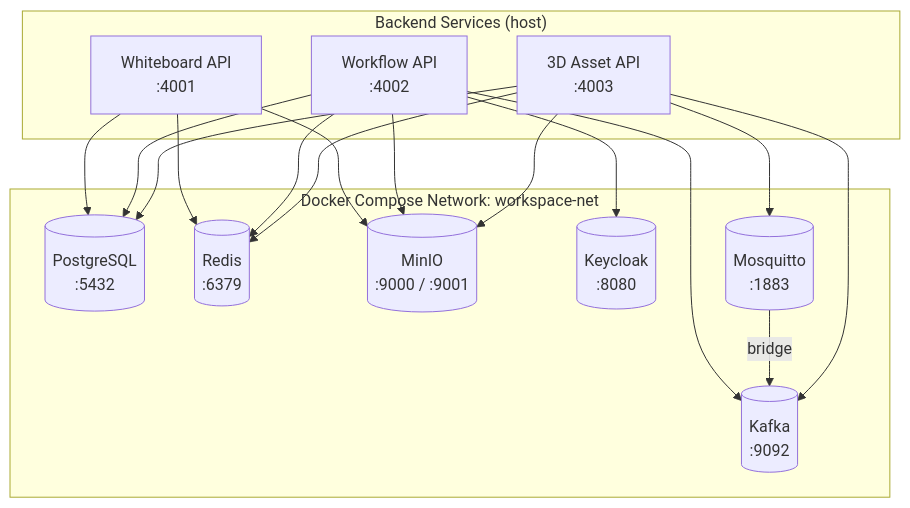
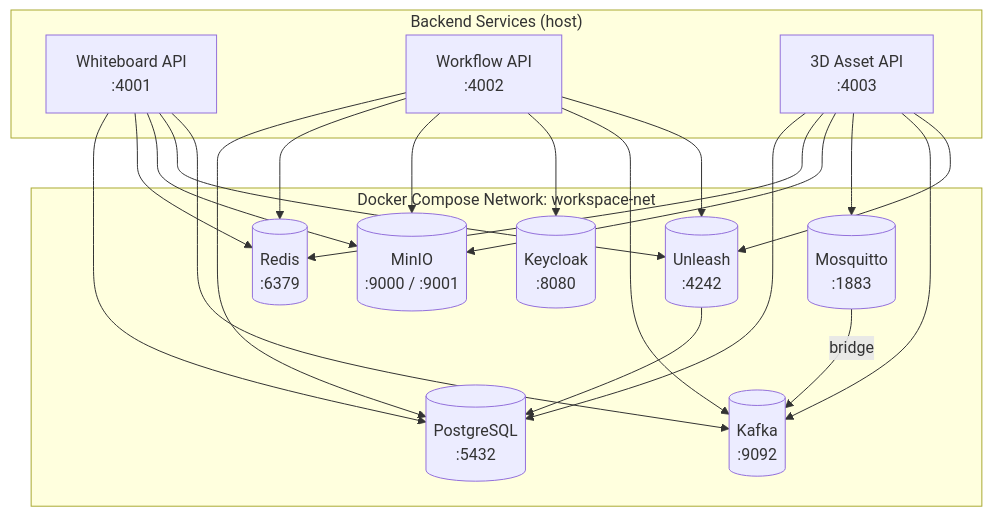
Before and after one commit to Eyolf6Coyote7/Eyolf6Coyote7: the diagram in docs/global_infra.md, drawn with Mermaid. The commit also changed other lines of this file and 1 other file, not shown here.

````diff
--- a/docs/global_infra.md
+++ b/docs/global_infra.md
@@ -9,32 +9,38 @@
 ```mermaid
 graph TD
   subgraph "Docker Compose Network: workspace-net"
     PG[(PostgreSQL<br/>:5432)]
     RD[(Redis<br/>:6379)]
     MIO[(MinIO<br/>:9000 / :9001)]
     KC[(Keycloak<br/>:8080)]
     MQ[(Mosquitto<br/>:1883)]
     KF[(Kafka<br/>:9092)]
+    UL[(Unleash<br/>:4242)]
   end
 
   subgraph "Backend Services (host)"
     WB[Whiteboard API<br/>:4001]
     WF[Workflow API<br/>:4002]
     TD[3D Asset API<br/>:4003]
   end
 
   WB --> PG
   WB --> RD
   WB --> MIO
+  WB --> UL
+  WB --> KF
   WF --> PG
   WF --> RD
   WF --> MIO
   WF --> KC
   WF --> KF
+  WF --> UL
   TD --> PG
   TD --> RD
   TD --> MIO
   TD --> MQ
   MQ -->|bridge| KF
   TD --> KF
+  TD --> UL
+  UL --> PG
 ```
````
